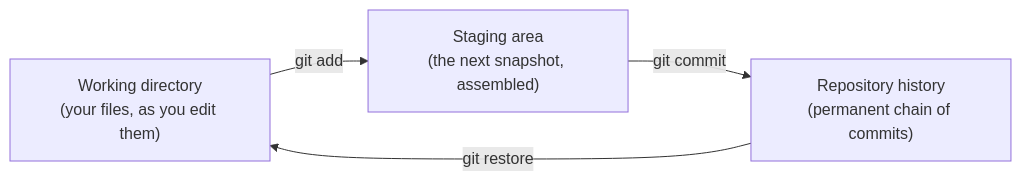
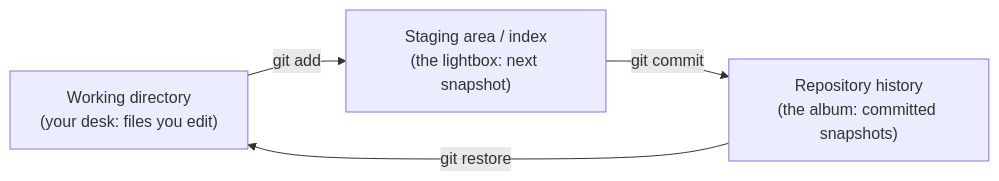
One commit to dongzhaohe321418-lab/programming-handbook changed the first of 2 diagrams in docs/ch01-tools/03-git.md. Above: the diagram before and after it, drawn with Mermaid. The commit also changed other lines of this file and 5 other files, not shown here.

````diff
--- a/docs/ch01-tools/03-git.md
+++ b/docs/ch01-tools/03-git.md
@@ -49,9 +74,9 @@
 ```mermaid
 flowchart LR
-    W["Working directory<br/>(your files, as you edit them)"]
-    S["Staging area<br/>(the next snapshot, assembled)"]
-    H["Repository history<br/>(permanent chain of commits)"]
+    W["Working directory<br/>(your desk: files you edit)"]
+    S["Staging area / index<br/>(the lightbox: next snapshot)"]
+    H["Repository history<br/>(the album: committed snapshots)"]
     W -- "git add" --> S
     S -- "git commit" --> H
     H -- "git restore" --> W
 ```
````
